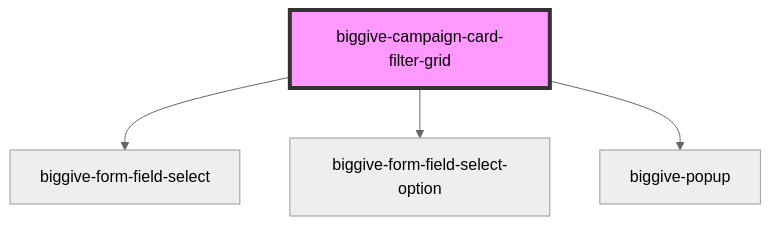
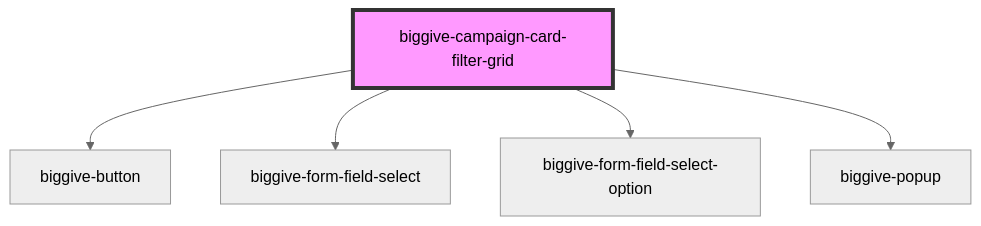
The diagram in src/components/biggive-campaign-card-filter-grid/readme.md (thebiggive/donate-frontend), drawn with Mermaid (neutral theme) before and after one commit. The commit also changed other lines of this file and 5 other files, not shown here.

Commit message:
Use `<biggive-button/>` consistently

````diff
--- a/src/components/biggive-campaign-card-filter-grid/readme.md
+++ b/src/components/biggive-campaign-card-filter-grid/readme.md
@@ -38,7 +39,8 @@
 ```mermaid
 graph TD;
+  biggive-campaign-card-filter-grid --> biggive-button
   biggive-campaign-card-filter-grid --> biggive-form-field-select
   biggive-campaign-card-filter-grid --> biggive-form-field-select-option
   biggive-campaign-card-filter-grid --> biggive-popup
   style biggive-campaign-card-filter-grid fill:#f9f,stroke:#333,stroke-width:4px
 ```
````
